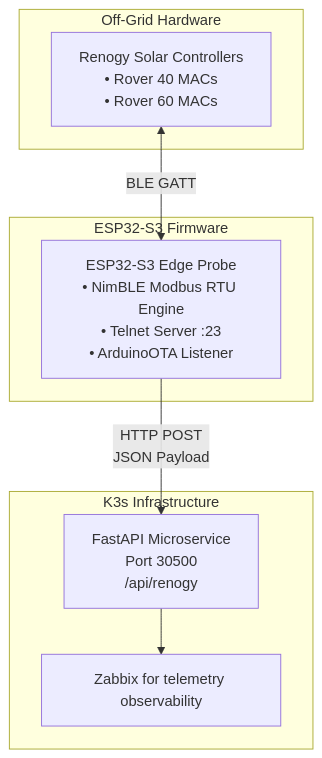
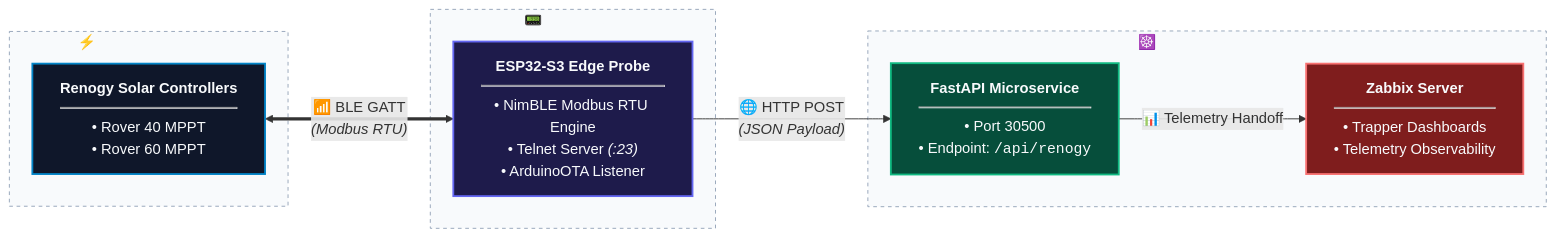
Before and after one commit to vinas1/solar-microservice: the diagram in README.md, drawn with Mermaid. The commit also changed other lines of this file, not shown here.

Commit message:
Revise README for hardware and architecture details
Updated hardware requirements and enhanced system architecture diagram.

````diff
--- a/README.md
+++ b/README.md
@@ -82,19 +82,30 @@
 ```mermaid
-flowchart TD
-    subgraph Controllers [Off-Grid Hardware]
-        RC[Renogy Solar Controllers<br/>• Rover 40 MACs<br/>• Rover 60 MACs]  
+flowchart LR
+    %% Palette & Styling
+    classDef hardware fill:#0f172a,stroke:#0284c7,stroke-width:2px,color:#f8fafc
+    classDef firmware fill:#1e1b4b,stroke:#6366f1,stroke-width:2px,color:#f8fafc
+    classDef cluster fill:#064e3b,stroke:#10b981,stroke-width:2px,color:#f8fafc
+    classDef zabbix fill:#7f1d1d,stroke:#f87171,stroke-width:2px,color:#f8fafc
+
+    subgraph HW ["⚡ Off-Grid Hardware"]
+        RC["<b>Renogy Solar Controllers</b><hr/>• Rover 40 MPPT<br/>• Rover 60 MPPT"]:::hardware
     end
 
-    subgraph Probe [ESP32-S3 Firmware]
-        EP[ESP32-S3 Edge Probe<br/>• NimBLE Modbus RTU Engine<br/>• Telnet Server :23<br/>• ArduinoOTA Listener]  
+    subgraph Edge ["📟 Edge Layer"]
+        EP["<b>ESP32-S3 Edge Probe</b><hr/>• NimBLE Modbus RTU Engine<br/>• Telnet Server <i>(:23)</i><br/>• ArduinoOTA Listener"]:::firmware
     end
 
-    subgraph Cluster [K3s Infrastructure]
-        API[FastAPI Microservice<br/>Port 30500<br/>/api/renogy]
-        ZAB[Zabbix for telemetry observability]
+    subgraph K3s ["☸️ K3s Infrastructure"]
+        API["<b>FastAPI Microservice</b><hr/>• Port 30500<br/>• Endpoint: <code>/api/renogy</code>"]:::cluster
+        ZAB["<b>Zabbix Server</b><hr/>• Trapper Dashboards<br/>• Telemetry Observability"]:::zabbix
     end
 
-    RC <-->|BLE GATT| EP
-    EP -->|HTTP POST<br/>JSON Payload| API
-    API --> ZAB
+    RC <== "📶 BLE GATT<br/><i>(Modbus RTU)</i>" ==> EP
+    EP -- "🌐 HTTP POST<br/><i>(JSON Payload)</i>" --> API
+    API -- "📊 Telemetry Handoff" --> ZAB
+
+    %% Subgraph Styling
+    style HW fill:#f8fafc,stroke:#94a3b8,stroke-width:1px,stroke-dasharray: 4 4
+    style Edge fill:#f8fafc,stroke:#94a3b8,stroke-width:1px,stroke-dasharray: 4 4
+    style K3s fill:#f8fafc,stroke:#94a3b8,stroke-width:1px,stroke-dasharray: 4 4
 ```
````
